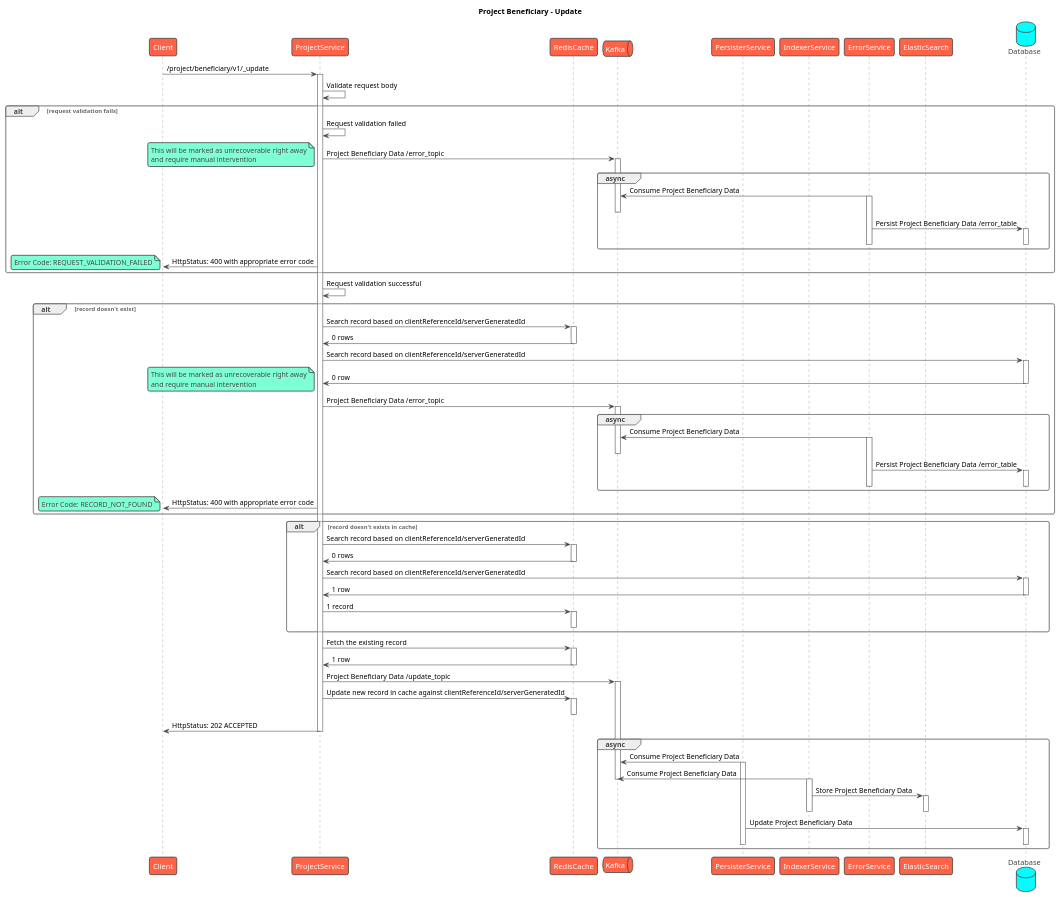
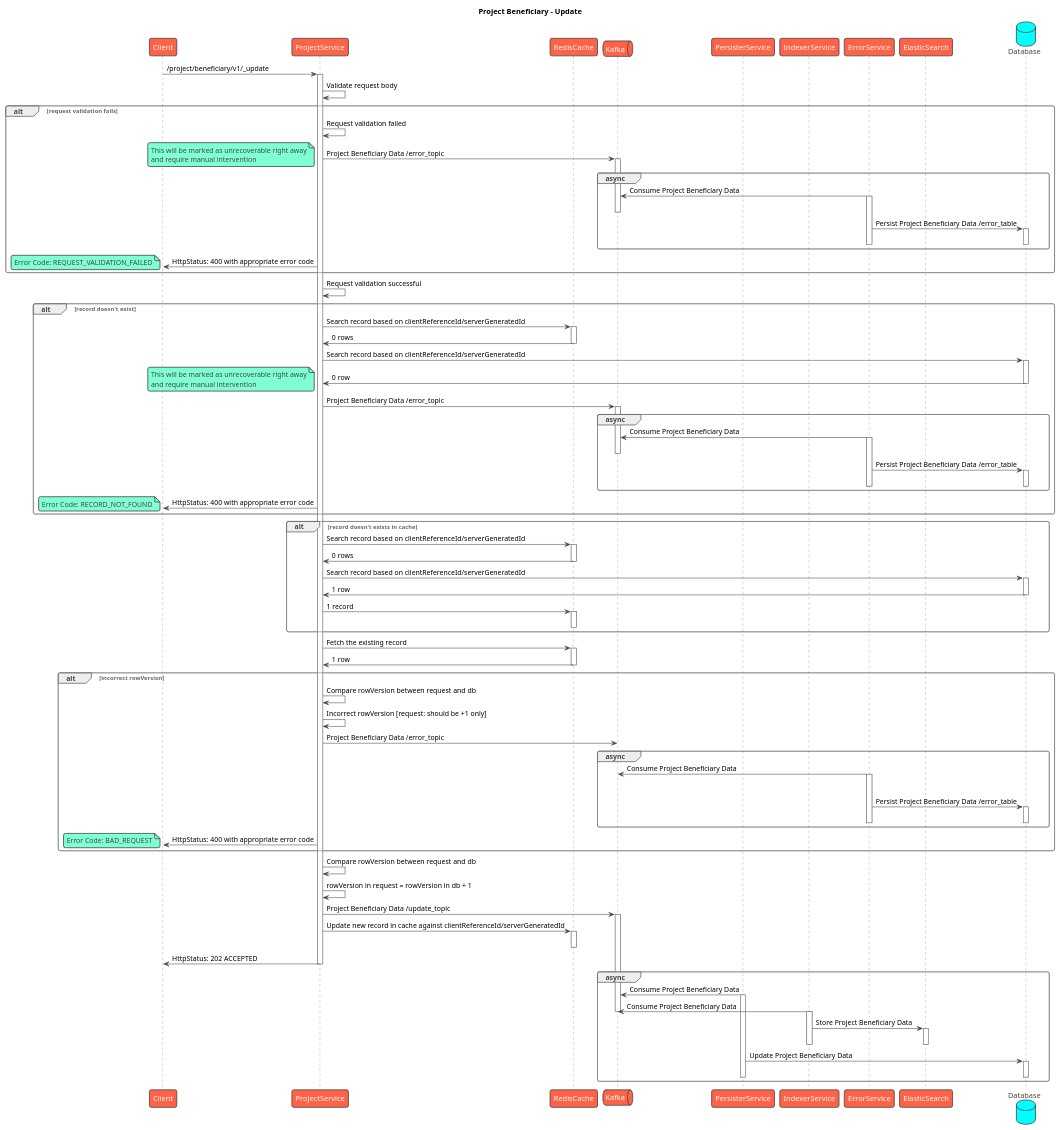
The diagram in contracts/project/beneficiary/sequence/update.puml (egovernments/health-api-specs), drawn with PlantUML before and after one commit. The commit also changed 9 other files, not shown here.

Commit message:
Sequence: Updated update flows with rowVersion logic

```diff
--- a/contracts/project/beneficiary/sequence/update.puml
+++ b/contracts/project/beneficiary/sequence/update.puml
@@ -1,107 +1,127 @@
 @startuml
 title Project Beneficiary - Update
 !theme vibrant
 participant Client as c
 participant ProjectService as s
 participant RedisCache as rc
 queue Kafka as k
 participant PersisterService as prs
 participant IndexerService as idx
 participant ErrorService as es
 participant ElasticSearch as el
 database Database as db
 c -> s : /project/beneficiary/v1/_update
 activate s
 s -> s: Validate request body
 alt request validation fails
     s -> s: Request validation failed
     s -> k: Project Beneficiary Data /error_topic
     note left
         This will be marked as unrecoverable right away
         and require manual intervention
     end note
     activate k
     group async
         es -> k: Consume Project Beneficiary Data
         activate es
         deactivate k
         es -> db: Persist Project Beneficiary Data /error_table
         activate db
         deactivate db
         deactivate es
     end
     s -> c: HttpStatus: 400 with appropriate error code
     note left
         Error Code: REQUEST_VALIDATION_FAILED
     end note
 end
 s -> s: Request validation successful
 alt record doesn't exist
     s -> rc: Search record based on clientReferenceId/serverGeneratedId
     activate rc
     rc -> s: 0 rows
     deactivate rc
     s -> db: Search record based on clientReferenceId/serverGeneratedId
     activate db
     db -> s: 0 row
     deactivate db
     note left
         This will be marked as unrecoverable right away
         and require manual intervention
     end note
     s -> k: Project Beneficiary Data /error_topic
     activate k
     group async
         es -> k: Consume Project Beneficiary Data
         activate es
         deactivate k
         es -> db: Persist Project Beneficiary Data /error_table
         activate db
         deactivate db
         deactivate es
     end
     s -> c: HttpStatus: 400 with appropriate error code
     note left
       Error Code: RECORD_NOT_FOUND
     end note
 end
 alt record doesn't exists in cache
     s -> rc: Search record based on clientReferenceId/serverGeneratedId
     activate rc
     rc -> s: 0 rows
     deactivate rc
     s -> db: Search record based on clientReferenceId/serverGeneratedId
     activate db
     db -> s: 1 row
     deactivate db
     s -> rc: 1 record
     activate rc
     deactivate rc
 end
 s -> rc: Fetch the existing record
 activate rc
 rc -> s: 1 row
 deactivate rc
+alt incorrect rowVersion
+    s -> s: Compare rowVersion between request and db
+    s -> s: Incorrect rowVersion [request: should be +1 only]
+    s -> k: Project Beneficiary Data /error_topic
+    group async
+        es -> k: Consume Project Beneficiary Data
+        activate es
+        deactivate k
+        es -> db: Persist Project Beneficiary Data /error_table
+        activate db
+        deactivate db
+        deactivate es
+    end
+    s -> c: HttpStatus: 400 with appropriate error code
+    note left
+      Error Code: BAD_REQUEST
+    end note
+end
+s -> s: Compare rowVersion between request and db
+s -> s: rowVersion in request = rowVersion in db + 1
 s -> k: Project Beneficiary Data /update_topic
 activate k
 s -> rc: Update new record in cache against clientReferenceId/serverGeneratedId
 activate rc
 deactivate rc
 s -> c: HttpStatus: 202 ACCEPTED
 deactivate s
 group async
     prs -> k: Consume Project Beneficiary Data
     activate prs
     idx -> k: Consume Project Beneficiary Data
     deactivate k
     activate idx
     idx -> el: Store Project Beneficiary Data
     activate el
     deactivate el
     deactivate idx
     prs -> db: Update Project Beneficiary Data
     activate db
     deactivate db
     deactivate prs
 end
 @enduml
```
